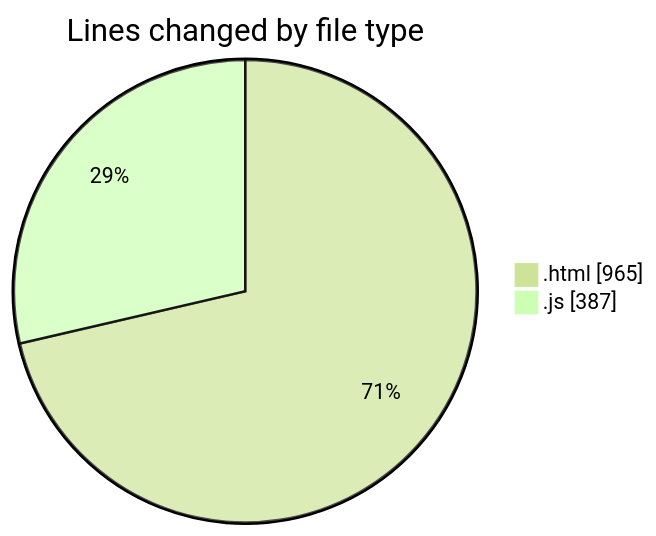
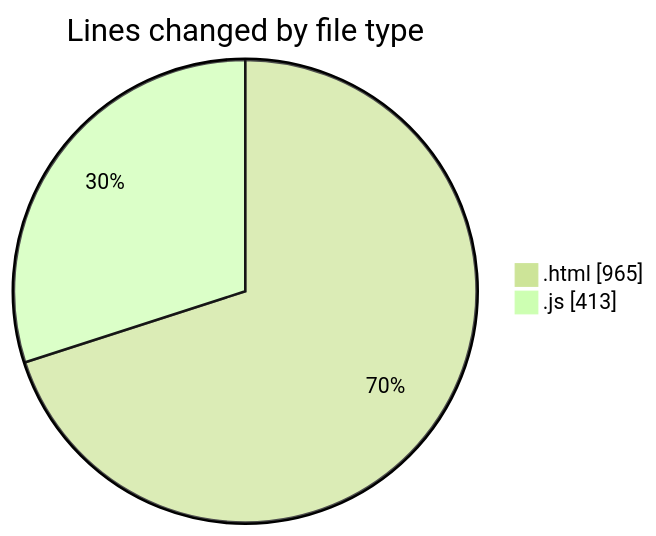
Before and after one commit to IJAZ3593/code-tracking: the first of 2 diagrams in 2025-09-13/new_folder/README.md, drawn with Mermaid (forest theme). The commit also changed other lines of this file and 1 other file, not shown here.

````diff
--- a/2025-09-13/new_folder/README.md
+++ b/2025-09-13/new_folder/README.md
@@ -26,6 +26,6 @@
 ```mermaid
 pie showData
 title Lines changed by file type
 ".html" : 965
-".js" : 387
+".js" : 413
 ```
````
